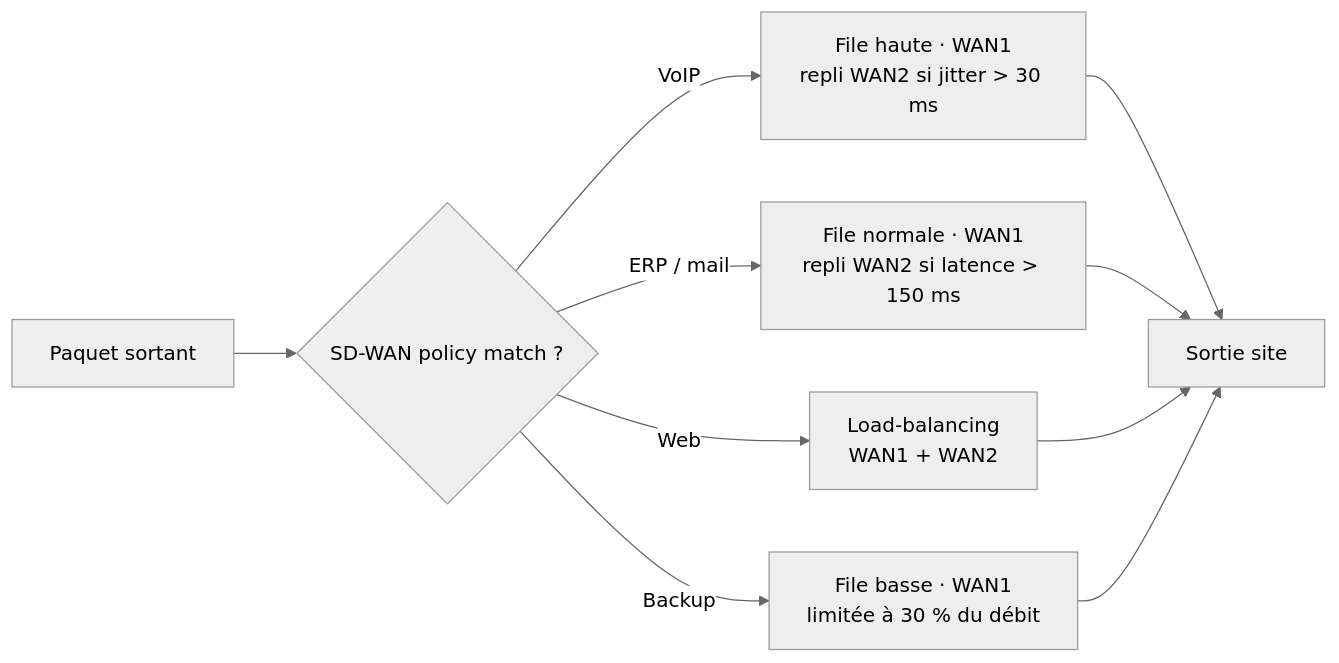
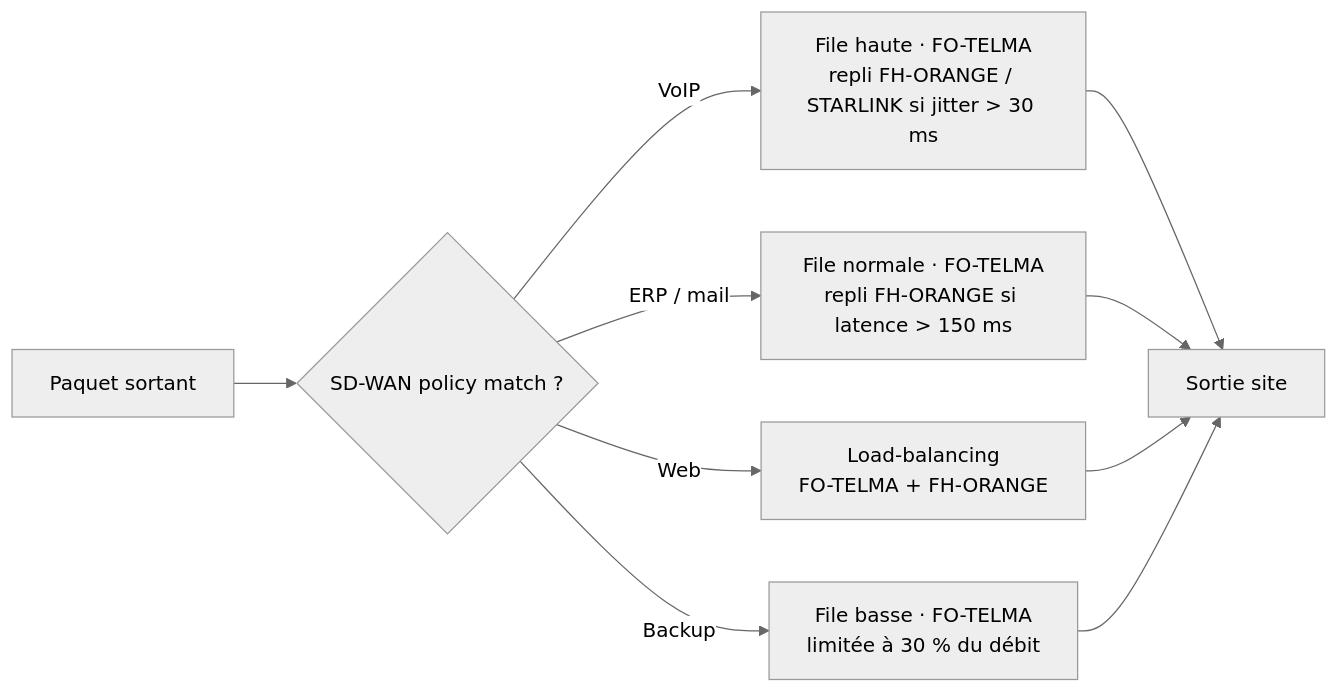
Before and after one commit to lenixras/watchguard_multi-site: the fourth of 5 diagrams in README.md, drawn with Mermaid (neutral theme). The commit also changed other lines of this file and 2 other files, not shown here.

````diff
--- a/README.md
+++ b/README.md
@@ -205,12 +236,12 @@
 ```mermaid
 flowchart LR
     T["Paquet sortant"] --> D{"SD-WAN policy match ?"}
-    D -->|"VoIP"| P1["File haute · WAN1<br/>repli WAN2 si jitter > 30 ms"]
-    D -->|"ERP / mail"| P2["File normale · WAN1<br/>repli WAN2 si latence > 150 ms"]
-    D -->|"Web"| P3["Load-balancing<br/>WAN1 + WAN2"]
-    D -->|"Backup"| P4["File basse · WAN1<br/>limitée à 30 % du débit"]
+    D -->|"VoIP"| P1["File haute · FO-TELMA<br/>repli FH-ORANGE / STARLINK si jitter > 30 ms"]
+    D -->|"ERP / mail"| P2["File normale · FO-TELMA<br/>repli FH-ORANGE si latence > 150 ms"]
+    D -->|"Web"| P3["Load-balancing<br/>FO-TELMA + FH-ORANGE"]
+    D -->|"Backup"| P4["File basse · FO-TELMA<br/>limitée à 30 % du débit"]
     P1 --> O["Sortie site"]
     P2 --> O
     P3 --> O
     P4 --> O
 ```
````
